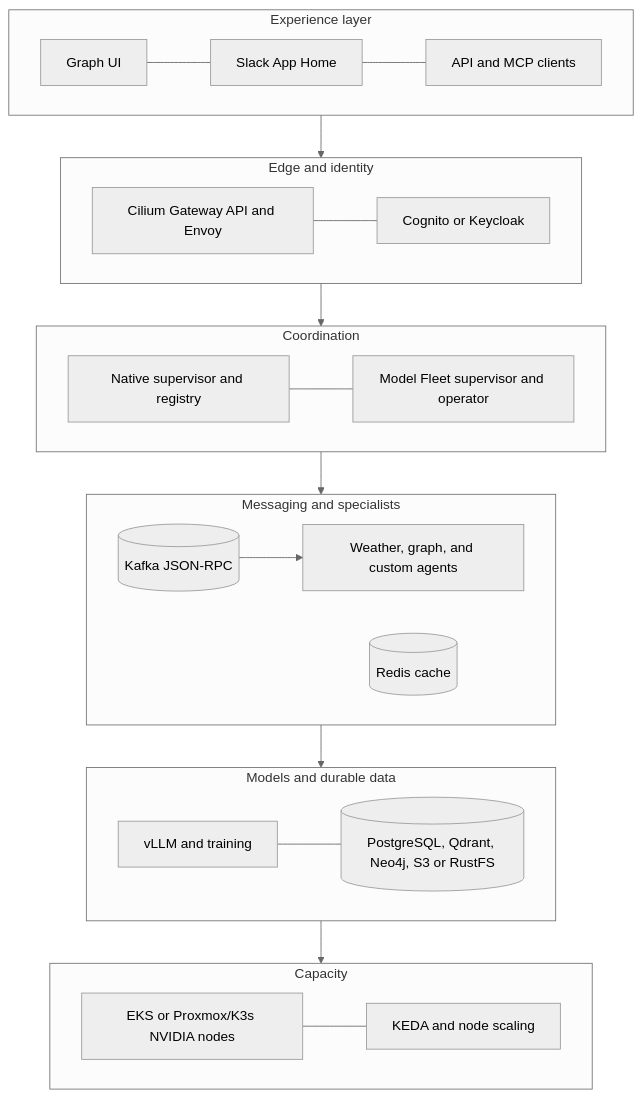
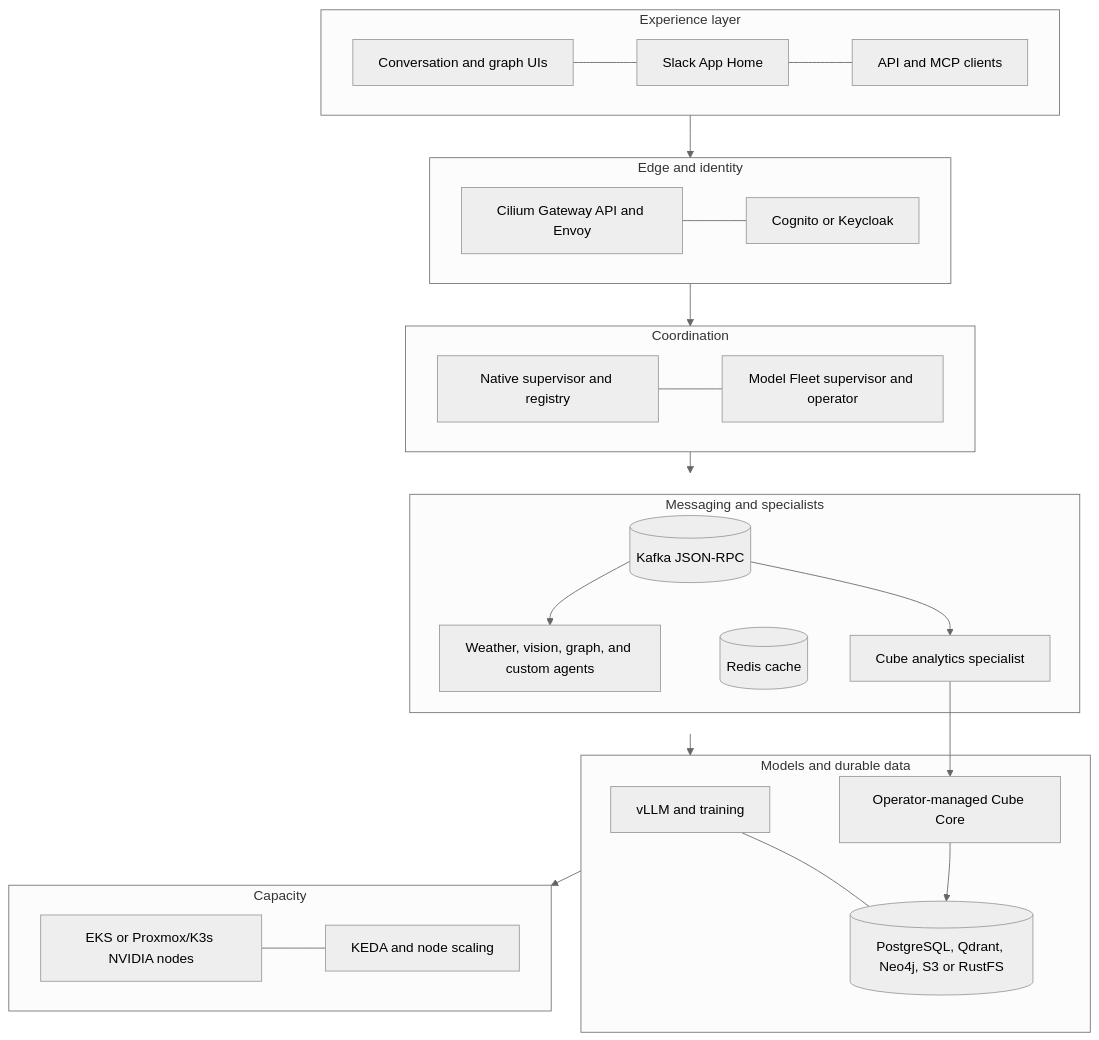
One commit to sqe/agentic-kubernetes-platform changed the first of 3 diagrams in docs/ARCHITECTURE.md. Above: the diagram before and after it, drawn with Mermaid (neutral theme). The commit also changed other lines of this file and 79 other files, not shown here.

Commit message:
Updated knowledge graph agent with fully standing up the system and tesing

````diff
--- a/docs/ARCHITECTURE.md
+++ b/docs/ARCHITECTURE.md
@@ -18,23 +18,26 @@
 ```mermaid
 flowchart TB
     subgraph Experience[Experience layer]
-        UI[Graph UI] --- Slack[Slack App Home] --- Clients[API and MCP clients]
+        UI[Conversation and graph UIs] --- Slack[Slack App Home] --- Clients[API and MCP clients]
     end
     subgraph Edge[Edge and identity]
         Gateway[Cilium Gateway API and Envoy] --- IdP[Cognito or Keycloak]
     end
     subgraph Control[Coordination]
         Native[Native supervisor and registry] --- Fleet[Model Fleet supervisor and operator]
     end
     subgraph Runtime[Messaging and specialists]
-        Kafka[(Kafka JSON-RPC)] --> Agents[Weather, graph, and custom agents]
+        Kafka[(Kafka JSON-RPC)] --> Agents[Weather, vision, graph, and custom agents]
+        Kafka --> Analytics[Cube analytics specialist]
         Redis[(Redis cache)]
     end
     subgraph Data[Models and durable data]
         Models[vLLM and training] --- Stores[(PostgreSQL, Qdrant, Neo4j, S3 or RustFS)]
+        Analytics --> Cube[Operator-managed Cube Core]
+        Cube --> Stores
     end
     subgraph Capacity[Capacity]
         Compute[EKS or Proxmox/K3s NVIDIA nodes] --- Scaling[KEDA and node scaling]
     end
     Experience --> Edge --> Control --> Runtime --> Data --> Capacity
 ```
````
